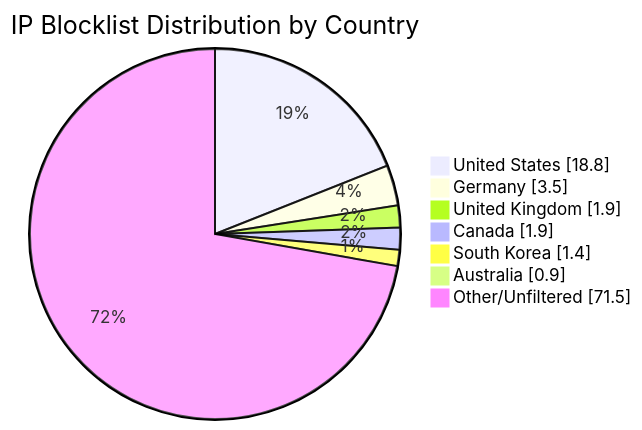
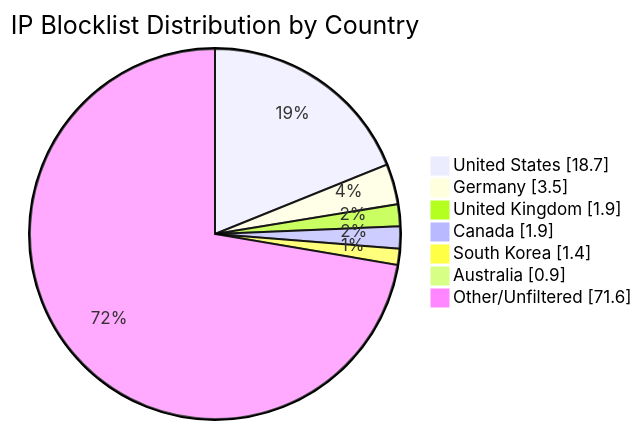
The diagram in README.md (MarcusHoltz/ipblocklist-geofiltered-aggregator), drawn with Mermaid before and after one commit. The commit also changed other lines of this file and 9 other files, not shown here.

````diff
--- a/README.md
+++ b/README.md
@@ -34,10 +34,10 @@
 ```mermaid
 pie showData title IP Blocklist Distribution by Country
-"United States" : 18.8
+"United States" : 18.7
 "Germany" : 3.5
 "United Kingdom" : 1.9
 "Canada" : 1.9
 "South Korea" : 1.4
 "Australia" : 0.9
-"Other/Unfiltered" : 71.5
+"Other/Unfiltered" : 71.6
 ```
````
